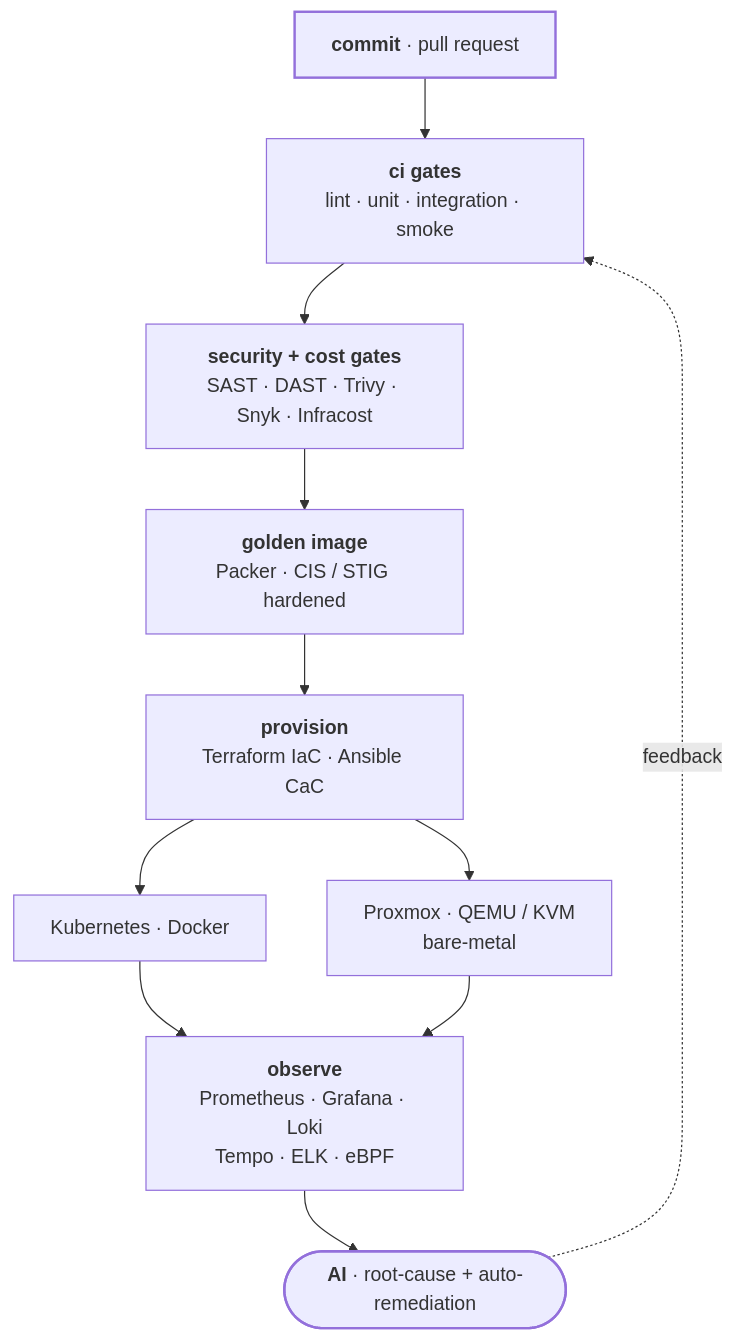
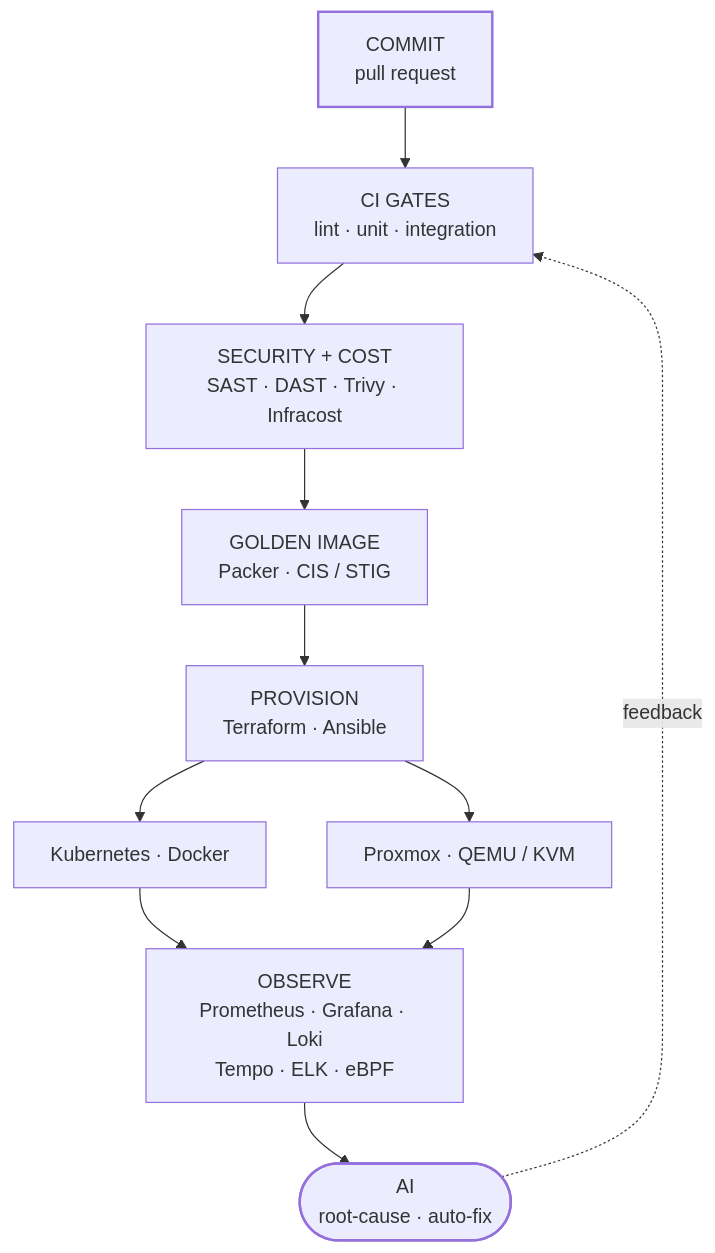
Before and after one commit to umars28/umars28: the diagram in README.md, drawn with Mermaid.

Commit message:
Drop bold markup in diagram nodes to stop label clipping

````diff
--- a/README.md
+++ b/README.md
@@ -35,23 +35,23 @@
 ```mermaid
 flowchart TB
-    A["<b>commit</b> · pull request"]
-    B["<b>ci gates</b><br/>lint · unit · integration · smoke"]
-    C["<b>security + cost gates</b><br/>SAST · DAST · Trivy · Snyk · Infracost"]
-    D["<b>golden image</b><br/>Packer · CIS / STIG hardened"]
-    E["<b>provision</b><br/>Terraform IaC · Ansible CaC"]
+    A["COMMIT<br/>pull request"]
+    B["CI GATES<br/>lint · unit · integration"]
+    C["SECURITY + COST<br/>SAST · DAST · Trivy · Infracost"]
+    D["GOLDEN IMAGE<br/>Packer · CIS / STIG"]
+    E["PROVISION<br/>Terraform · Ansible"]
     F["Kubernetes · Docker"]
-    G["Proxmox · QEMU / KVM<br/>bare-metal"]
-    H["<b>observe</b><br/>Prometheus · Grafana · Loki<br/>Tempo · ELK · eBPF"]
-    I(["<b>AI</b> · root-cause + auto-remediation"])
+    G["Proxmox · QEMU / KVM"]
+    H["OBSERVE<br/>Prometheus · Grafana · Loki<br/>Tempo · ELK · eBPF"]
+    I(["AI<br/>root-cause · auto-fix"])
 
     A --> B --> C --> D --> E
     E --> F
     E --> G
     F --> H
     G --> H
     H --> I
     I -.->|feedback| B
 
     classDef edge stroke-width:2px
     class A,I edge
 ```
````
